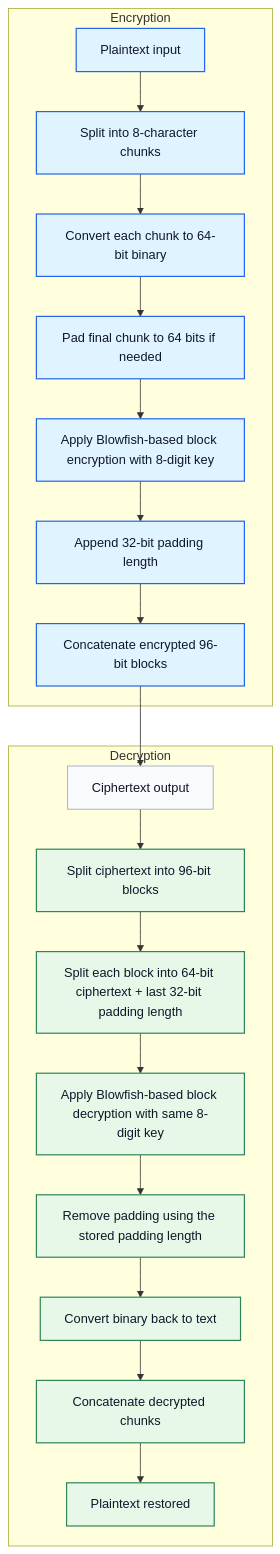
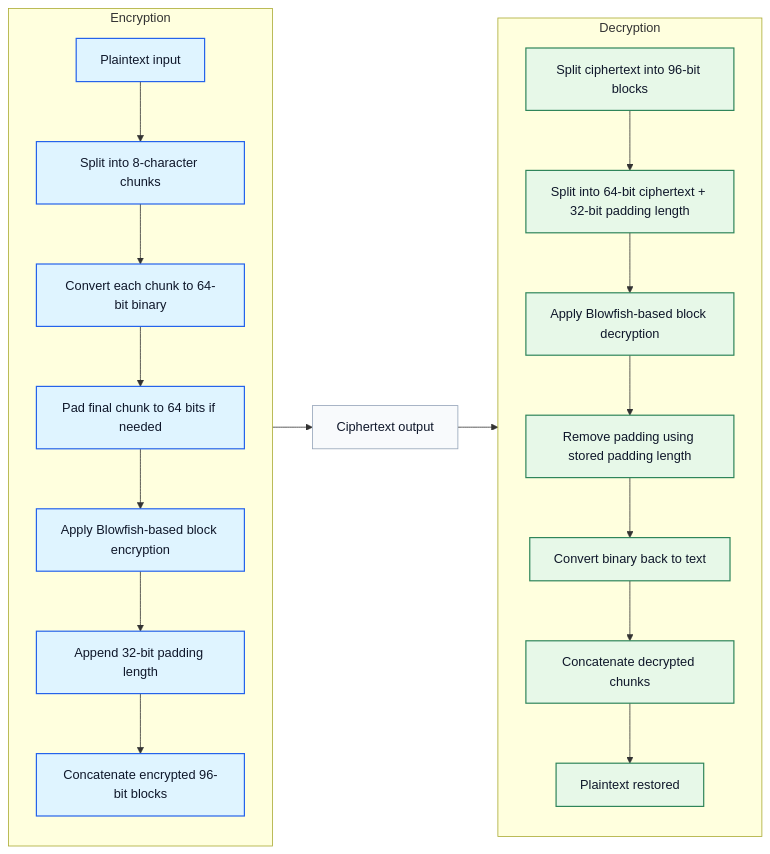
The diagram in README.md (jgeo12/encryptor-app), drawn with Mermaid before and after one commit.

````diff
--- a/README.md
+++ b/README.md
@@ -10,31 +10,35 @@
 ```mermaid
-flowchart TD
+flowchart LR
     subgraph ENC[Encryption]
+        direction TB
         A[Plaintext input] --> B[Split into 8-character chunks]
         B --> C[Convert each chunk to 64-bit binary]
         C --> D[Pad final chunk to 64 bits if needed]
-        D --> E[Apply Blowfish-based block encryption with 8-digit key]
+        D --> E[Apply Blowfish-based block encryption]
         E --> F[Append 32-bit padding length]
         F --> G[Concatenate encrypted 96-bit blocks]
     end
 
     G --> H[Ciphertext output]
 
     subgraph DEC[Decryption]
-        H --> I[Split ciphertext into 96-bit blocks]
-        I --> J[Split each block into 64-bit ciphertext + last 32-bit padding length]
-        J --> K[Apply Blowfish-based block decryption with same 8-digit key]
-        K --> L[Remove padding using the stored padding length]
+        direction TB
+        I[Split ciphertext into 96-bit blocks]
+        I --> J[Split into 64-bit ciphertext + 32-bit padding length]
+        J --> K[Apply Blowfish-based block decryption]
+        K --> L[Remove padding using stored padding length]
         L --> M[Convert binary back to text]
         M --> N[Concatenate decrypted chunks]
         N --> O[Plaintext restored]
     end
+
+    H --> I
 
     classDef enc fill:#dff4ff,stroke:#2563eb,stroke-width:1.5px,color:#0f172a;
     classDef dec fill:#e7f8e8,stroke:#2f855a,stroke-width:1.5px,color:#0f172a;
     classDef boundary fill:#f8fafc,stroke:#94a3b8,stroke-width:1px,color:#0f172a;
 
     class A,B,C,D,E,F,G enc;
     class H boundary;
     class I,J,K,L,M,N,O dec;
 ```
````
